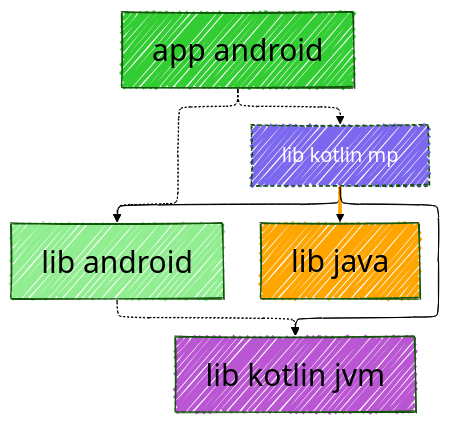
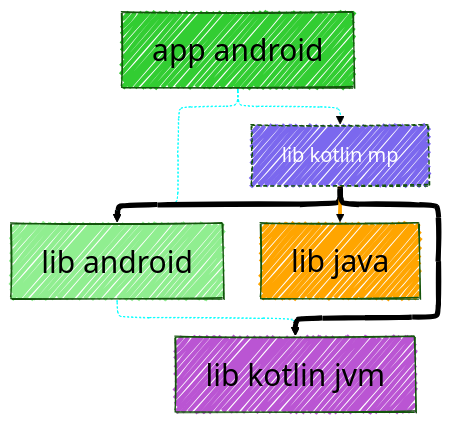
The diagram in samples/sample-mermaid/sample-app-android/modular/chart.mmd (jonapoul/atlas), drawn with Mermaid before and after one commit. The commit also changed 58 other files, not shown here.

```diff
--- a/samples/sample-mermaid/sample-app-android/modular/chart.mmd
+++ b/samples/sample-mermaid/sample-app-android/modular/chart.mmd
@@ -1,39 +1,44 @@
 ---
 config:
   layout: elk
   look: handDrawn
   theme: forest
   elk:
     mergeEdges: true
     forceNodeModelOrder: true
     nodePlacementStrategy: LINEAR_SEGMENTS
     cycleBreakingStrategy: INTERACTIVE
     considerModelOrder: PREFER_EDGES
   themeVariables:
     background: #FFF
     fontFamily: arial
     lineColor: #55FF55
     primaryBorderColor: #FF5555
     primaryColor: #ABC123
     darkMode: true
     fontSize: 30px
     defaultLinkColor: #5555FF
 ---
 graph TD
   app_android["app android"]
   lib_android["lib android"]
   lib_java["lib java"]
   lib_kotlin_jvm["lib kotlin jvm"]
   lib_kotlin_mp["lib kotlin mp"]
   style app_android fill:limegreen,fillcolor:limegreen
   style lib_android fill:lightgreen,fillcolor:lightgreen
   style lib_java fill:orange,fillcolor:orange
   style lib_kotlin_jvm fill:mediumorchid,fillcolor:mediumorchid
   style lib_kotlin_mp fill:mediumslateblue,color:white,stroke-dasharray:4 3 2 1,font-size:20px,fillcolor:mediumslateblue
   app_android -.-> lib_android
+  linkStyle 0 stroke:aqua
   app_android -.-> lib_kotlin_mp
+  linkStyle 1 stroke:aqua
   lib_android -.-> lib_kotlin_jvm
+  linkStyle 2 stroke:aqua
   lib_kotlin_mp --> lib_android
+  linkStyle 3 stroke-width:5px
   lib_kotlin_mp ==> lib_java
   linkStyle 4 stroke:orange
   lib_kotlin_mp --> lib_kotlin_jvm
+  linkStyle 5 stroke-width:5px
```
